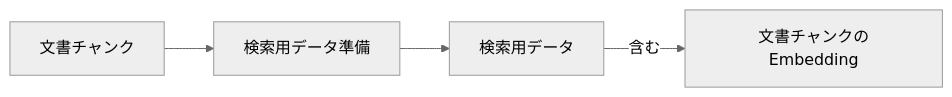
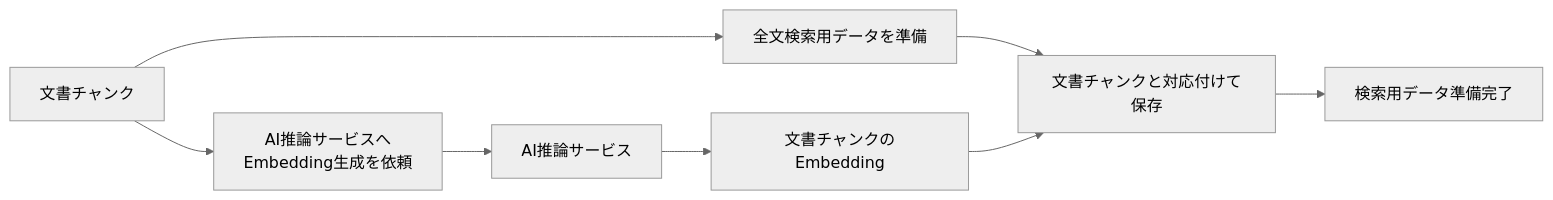
The diagram in project-docs/design/domains/documents/検索用データ準備設計.md (takashit16833/RAGScope), drawn with Mermaid (neutral theme) before and after one commit. The commit also changed other lines of this file and 9 other files, not shown here.

````diff
--- a/project-docs/design/domains/documents/検索用データ準備設計.md
+++ b/project-docs/design/domains/documents/検索用データ準備設計.md
@@ -10,11 +26,14 @@
 ```mermaid
 flowchart LR
     Chunk["文書チャンク"]
-    Prepare["検索用データ準備"]
-    SearchData["検索用データ"]
-    Embedding["文書チャンクのEmbedding"]
 
-    Chunk --> Prepare
-    Prepare --> SearchData
-    SearchData -->|"含む"| Embedding
+    Chunk --> FullText["全文検索用データを準備"]
+    Chunk --> Request["AI推論サービスへ<br>Embedding生成を依頼"]
+
+    Request --> AI["AI推論サービス"]
+    AI --> Embedding["文書チャンクのEmbedding"]
+
+    FullText --> Save["文書チャンクと対応付けて保存"]
+    Embedding --> Save
+    Save --> Ready["検索用データ準備完了"]
 ```
````
